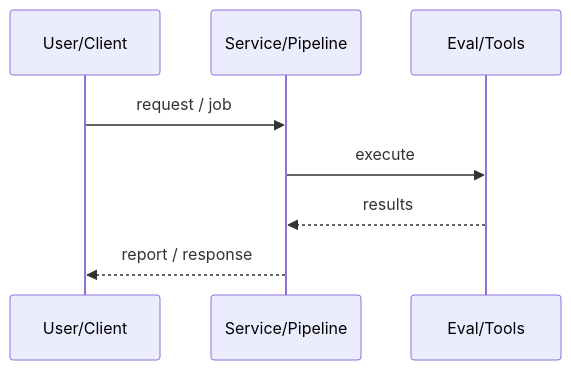
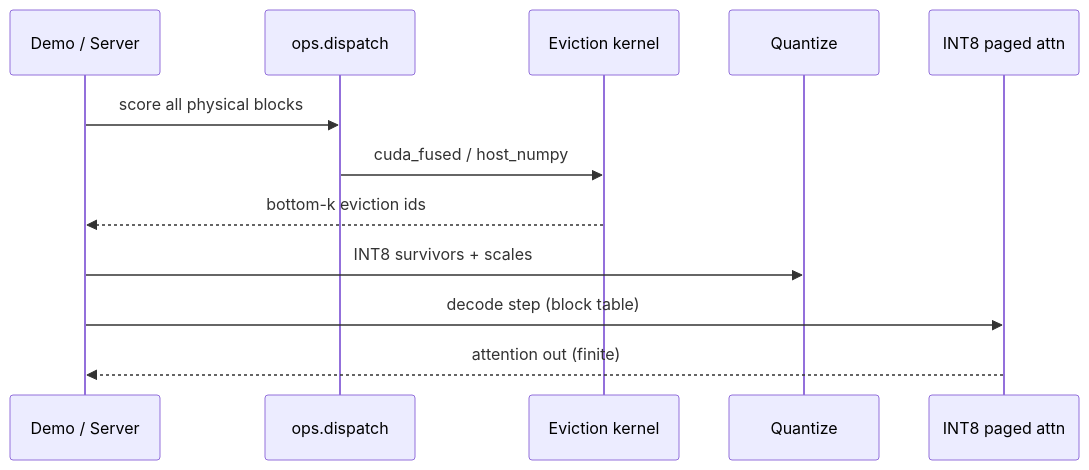
One commit to ArchanaChetan07/PagedKV-Fusion-Custom-CUDA-Kernels-for-KV-Cache-Eviction-Quantized-Paged-Attention changed the fifth of 7 diagrams in README.md. Above: the diagram before and after it, drawn with Mermaid. The commit also changed other lines of this file, not shown here.

Commit message:
docs: FAANG-ready README with T1000 benchmarks, diagrams, and honest validation gates

````diff
--- a/README.md
+++ b/README.md
@@ -38,10 +175,14 @@
 ```mermaid
 sequenceDiagram
-  participant U as User/Client
-  participant S as Service/Pipeline
-  participant E as Eval/Tools
-  U->>S: request / job
-  S->>E: execute
-  E-->>S: results
-  S-->>U: report / response
+  participant S as Demo / Server
+  participant O as ops.dispatch
+  participant E as Eviction kernel
+  participant Q as Quantize
+  participant A as INT8 paged attn
+  S->>O: score all physical blocks
+  O->>E: cuda_fused / host_numpy
+  E-->>S: bottom-k eviction ids
+  S->>Q: INT8 survivors + scales
+  S->>A: decode step (block table)
+  A-->>S: attention out (finite)
 ```
````
